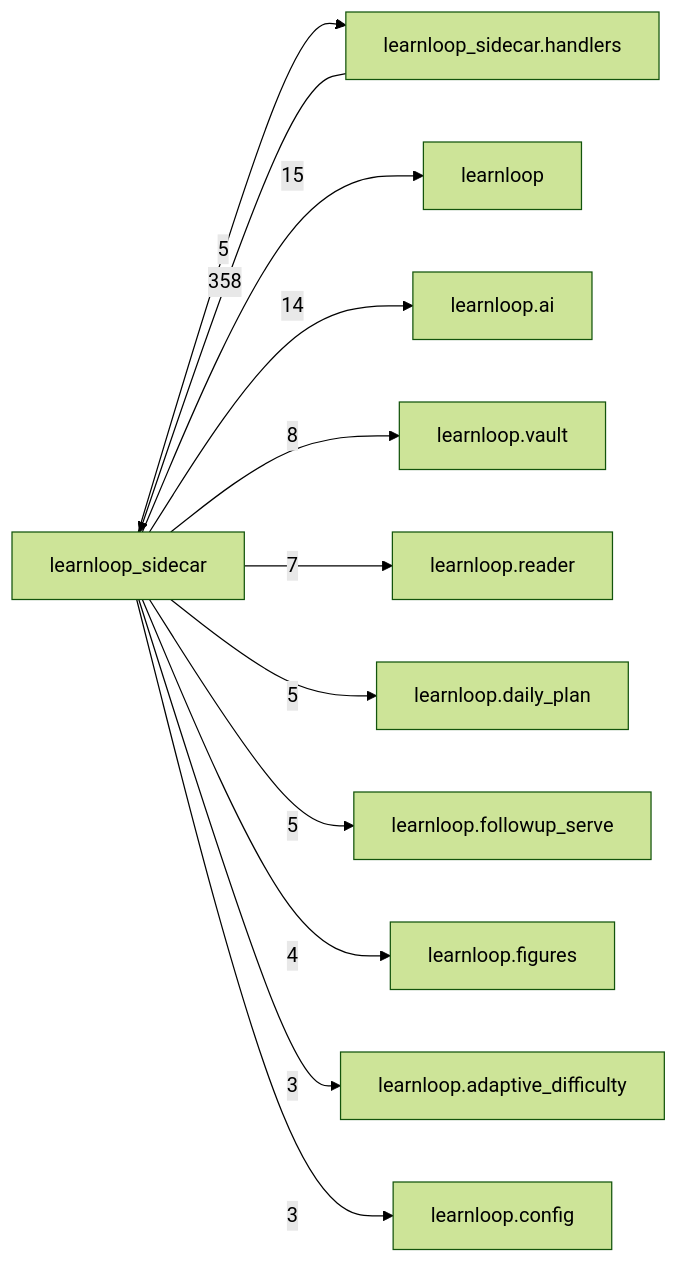
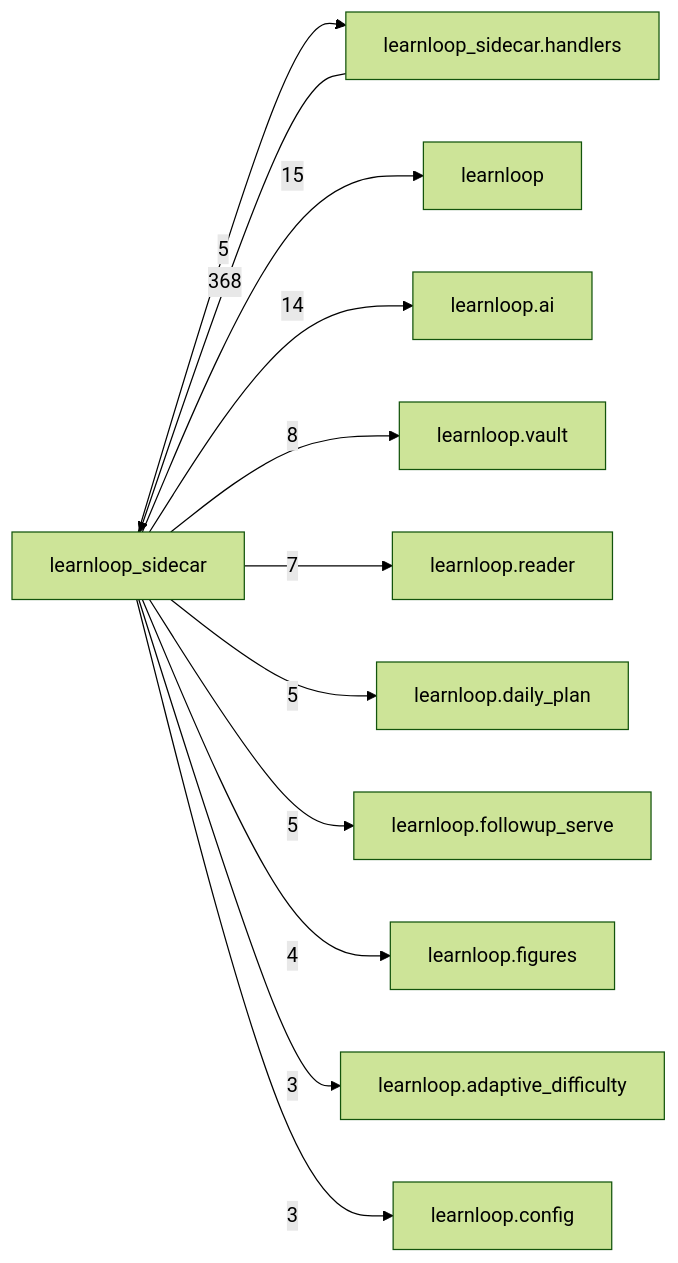
The diagram in docs/learnloop-architecture-vault/Reference/Modules/learnloop_sidecar/_package.md (6up-b/learnanything), drawn with Mermaid (forest theme) before and after one commit. The commit also changed other lines of this file and 315 other files, not shown here.

````diff
--- a/docs/learnloop-architecture-vault/Reference/Modules/learnloop_sidecar/_package.md
+++ b/docs/learnloop-architecture-vault/Reference/Modules/learnloop_sidecar/_package.md
@@ -133,25 +133,25 @@
 ```mermaid
 flowchart LR
     center["learnloop_sidecar"]
     n_learnloop_sidecar_handlers["learnloop_sidecar.handlers"]
     n_learnloop["learnloop"]
     n_learnloop_ai["learnloop.ai"]
     n_learnloop_vault["learnloop.vault"]
     n_learnloop_reader["learnloop.reader"]
     n_learnloop_daily_plan["learnloop.daily_plan"]
     n_learnloop_followup_serve["learnloop.followup_serve"]
     n_learnloop_figures["learnloop.figures"]
     n_learnloop_adaptive_difficulty["learnloop.adaptive_difficulty"]
     n_learnloop_config["learnloop.config"]
-    n_learnloop_sidecar_handlers -->|358| center
+    n_learnloop_sidecar_handlers -->|368| center
     center -->|5| n_learnloop_sidecar_handlers
     center -->|15| n_learnloop
     center -->|14| n_learnloop_ai
     center -->|8| n_learnloop_vault
     center -->|7| n_learnloop_reader
     center -->|5| n_learnloop_daily_plan
     center -->|5| n_learnloop_followup_serve
     center -->|4| n_learnloop_figures
     center -->|3| n_learnloop_adaptive_difficulty
     center -->|3| n_learnloop_config
 ```
````
